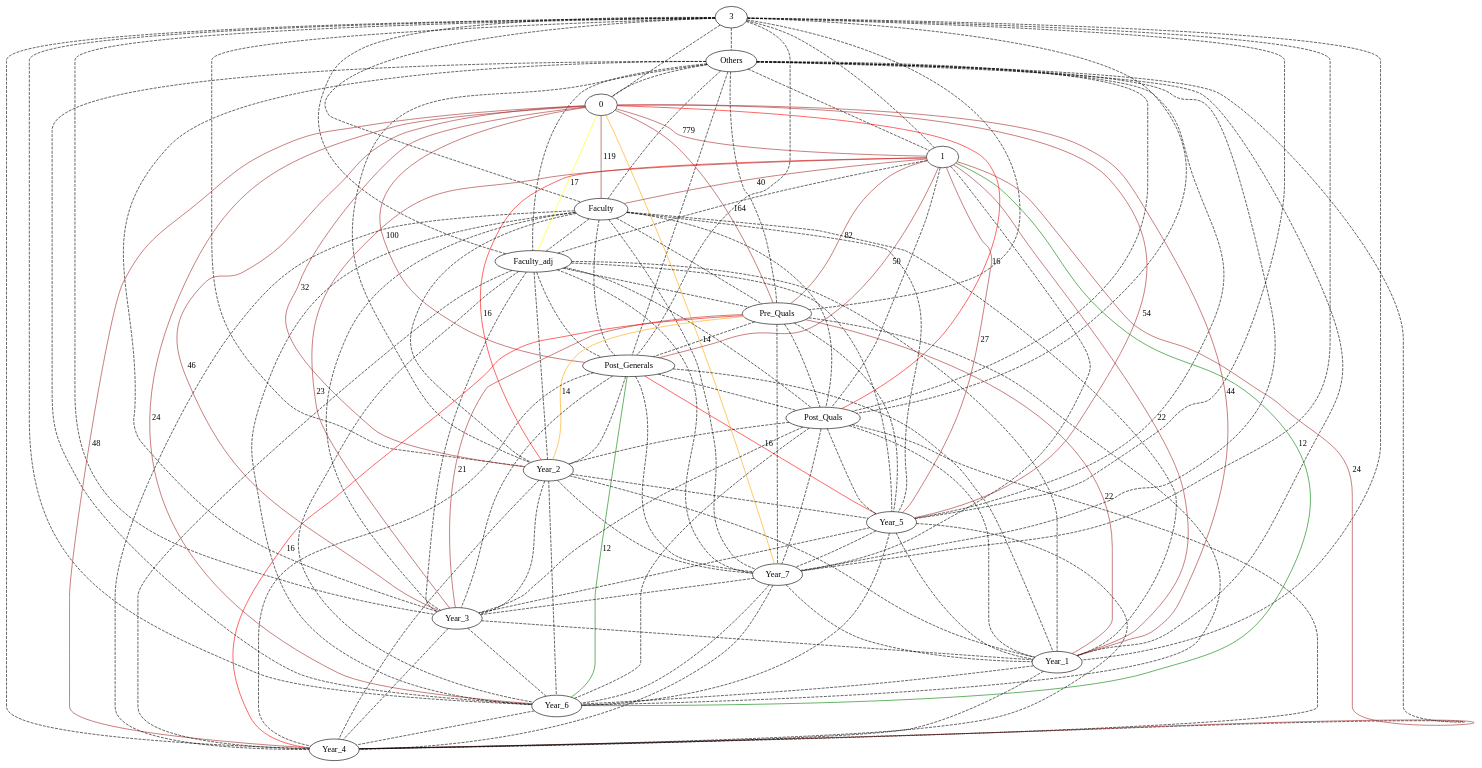
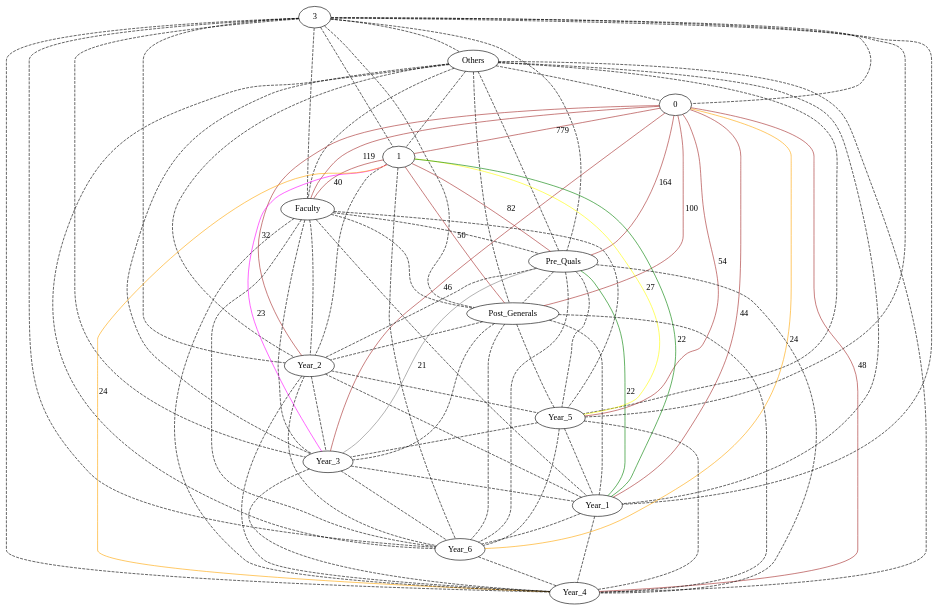
Before and after one commit to lrodrin/TFG: the diagram in src/extension/linearGraph.dot, drawn with Graphviz. The commit also changed 6 other files, not shown here.

```diff
--- a/src/extension/linearGraph.dot
+++ b/src/extension/linearGraph.dot
@@ -1,138 +1,93 @@
 strict graph "()" {
 3;
 Others;
 0;
 1;
 Faculty;
-Faculty_adj;
 Pre_Quals;
 Post_Generals;
-Post_Quals;
 Year_2;
 Year_5;
-Year_7;
 Year_3;
 Year_1;
 Year_6;
 Year_4;
 3 -- Others  [color=black, label="", style=dashed];
 3 -- 0  [color=black, label="", style=dashed];
 3 -- 1  [color=black, label="", style=dashed];
 3 -- Faculty  [color=black, label="", style=dashed];
-3 -- Faculty_adj  [color=black, label="", style=dashed];
 3 -- Pre_Quals  [color=black, label="", style=dashed];
 3 -- Post_Generals  [color=black, label="", style=dashed];
-3 -- Post_Quals  [color=black, label="", style=dashed];
 3 -- Year_2  [color=black, label="", style=dashed];
 3 -- Year_5  [color=black, label="", style=dashed];
-3 -- Year_7  [color=black, label="", style=dashed];
 3 -- Year_3  [color=black, label="", style=dashed];
 3 -- Year_1  [color=black, label="", style=dashed];
 3 -- Year_6  [color=black, label="", style=dashed];
 3 -- Year_4  [color=black, label="", style=dashed];
 Others -- 0  [color=black, label="", style=dashed];
 Others -- 1  [color=black, label="", style=dashed];
 Others -- Faculty  [color=black, label="", style=dashed];
-Others -- Faculty_adj  [color=black, label="", style=dashed];
 Others -- Pre_Quals  [color=black, label="", style=dashed];
 Others -- Post_Generals  [color=black, label="", style=dashed];
-Others -- Post_Quals  [color=black, label="", style=dashed];
 Others -- Year_2  [color=black, label="", style=dashed];
 Others -- Year_5  [color=black, label="", style=dashed];
-Others -- Year_7  [color=black, label="", style=dashed];
 Others -- Year_3  [color=black, label="", style=dashed];
 Others -- Year_1  [color=black, label="", style=dashed];
 Others -- Year_6  [color=black, label="", style=dashed];
 Others -- Year_4  [color=black, label="", style=dashed];
 0 -- 1  [color=brown, label=779, style=solid];
 0 -- Faculty  [color=brown, label=119, style=solid];
-0 -- Faculty_adj  [color=yellow, label=17, style=solid];
 0 -- Pre_Quals  [color=brown, label=164, style=solid];
 0 -- Post_Generals  [color=brown, label=100, style=solid];
-0 -- Post_Quals  [color=red, label=16, style=solid];
 0 -- Year_2  [color=brown, label=32, style=solid];
 0 -- Year_5  [color=brown, label=54, style=solid];
-0 -- Year_7  [color=orange, label=14, style=solid];
 0 -- Year_3  [color=brown, label=46, style=solid];
 0 -- Year_1  [color=brown, label=44, style=solid];
-0 -- Year_6  [color=brown, label=24, style=solid];
+0 -- Year_6  [color=orange, label=24, style=solid];
 0 -- Year_4  [color=brown, label=48, style=solid];
 1 -- Faculty  [color=brown, label=40, style=solid];
-1 -- Faculty_adj  [color=black, label="", style=dashed];
 1 -- Pre_Quals  [color=brown, label=82, style=solid];
 1 -- Post_Generals  [color=brown, label=50, style=solid];
-1 -- Post_Quals  [color=black, label="", style=dashed];
-1 -- Year_2  [color=red, label=16, style=solid];
-1 -- Year_5  [color=brown, label=27, style=solid];
-1 -- Year_7  [color=black, label="", style=dashed];
-1 -- Year_3  [color=brown, label=23, style=solid];
-1 -- Year_1  [color=brown, label=22, style=solid];
-1 -- Year_6  [color=green, label=12, style=solid];
-1 -- Year_4  [color=brown, label=24, style=solid];
-Faculty -- Faculty_adj  [color=black, label="", style=dashed];
+1 -- Year_2  [color=black, label="", style=dashed];
+1 -- Year_5  [color=yellow, label=27, style=solid];
+1 -- Year_3  [color=magenta, label=23, style=solid];
+1 -- Year_1  [color=green, label=22, style=solid];
+1 -- Year_6  [color=black, label="", style=dashed];
+1 -- Year_4  [color=orange, label=24, style=solid];
 Faculty -- Pre_Quals  [color=black, label="", style=dashed];
 Faculty -- Post_Generals  [color=black, label="", style=dashed];
-Faculty -- Post_Quals  [color=black, label="", style=dashed];
 Faculty -- Year_2  [color=black, label="", style=dashed];
 Faculty -- Year_5  [color=black, label="", style=dashed];
-Faculty -- Year_7  [color=black, label="", style=dashed];
 Faculty -- Year_3  [color=black, label="", style=dashed];
 Faculty -- Year_1  [color=black, label="", style=dashed];
 Faculty -- Year_6  [color=black, label="", style=dashed];
 Faculty -- Year_4  [color=black, label="", style=dashed];
-Faculty_adj -- Pre_Quals  [color=black, label="", style=dashed];
-Faculty_adj -- Post_Generals  [color=black, label="", style=dashed];
-Faculty_adj -- Post_Quals  [color=black, label="", style=dashed];
-Faculty_adj -- Year_2  [color=black, label="", style=dashed];
-Faculty_adj -- Year_5  [color=black, label="", style=dashed];
-Faculty_adj -- Year_7  [color=black, label="", style=dashed];
-Faculty_adj -- Year_3  [color=black, label="", style=dashed];
-Faculty_adj -- Year_1  [color=black, label="", style=dashed];
-Faculty_adj -- Year_6  [color=black, label="", style=dashed];
-Faculty_adj -- Year_4  [color=black, label="", style=dashed];
 Pre_Quals -- Post_Generals  [color=black, label="", style=dashed];
-Pre_Quals -- Post_Quals  [color=black, label="", style=dashed];
-Pre_Quals -- Year_2  [color=orange, label=14, style=solid];
+Pre_Quals -- Year_2  [color=black, label="", style=dashed];
 Pre_Quals -- Year_5  [color=black, label="", style=dashed];
-Pre_Quals -- Year_7  [color=black, label="", style=dashed];
-Pre_Quals -- Year_3  [color=brown, label=21, style=solid];
-Pre_Quals -- Year_1  [color=brown, label=22, style=solid];
+Pre_Quals -- Year_3  [color=grey, label=21, style=solid];
+Pre_Quals -- Year_1  [color=green, label=22, style=solid];
 Pre_Quals -- Year_6  [color=black, label="", style=dashed];
-Pre_Quals -- Year_4  [color=red, label=16, style=solid];
-Post_Generals -- Post_Quals  [color=black, label="", style=dashed];
+Pre_Quals -- Year_4  [color=black, label="", style=dashed];
 Post_Generals -- Year_2  [color=black, label="", style=dashed];
-Post_Generals -- Year_5  [color=red, label=16, style=solid];
-Post_Generals -- Year_7  [color=black, label="", style=dashed];
+Post_Generals -- Year_5  [color=black, label="", style=dashed];
 Post_Generals -- Year_3  [color=black, label="", style=dashed];
 Post_Generals -- Year_1  [color=black, label="", style=dashed];
-Post_Generals -- Year_6  [color=green, label=12, style=solid];
+Post_Generals -- Year_6  [color=black, label="", style=dashed];
 Post_Generals -- Year_4  [color=black, label="", style=dashed];
-Post_Quals -- Year_2  [color=black, label="", style=dashed];
-Post_Quals -- Year_5  [color=black, label="", style=dashed];
-Post_Quals -- Year_7  [color=black, label="", style=dashed];
-Post_Quals -- Year_3  [color=black, label="", style=dashed];
-Post_Quals -- Year_1  [color=black, label="", style=dashed];
-Post_Quals -- Year_6  [color=black, label="", style=dashed];
-Post_Quals -- Year_4  [color=black, label="", style=dashed];
 Year_2 -- Year_5  [color=black, label="", style=dashed];
-Year_2 -- Year_7  [color=black, label="", style=dashed];
 Year_2 -- Year_3  [color=black, label="", style=dashed];
 Year_2 -- Year_1  [color=black, label="", style=dashed];
 Year_2 -- Year_6  [color=black, label="", style=dashed];
 Year_2 -- Year_4  [color=black, label="", style=dashed];
-Year_5 -- Year_7  [color=black, label="", style=dashed];
 Year_5 -- Year_3  [color=black, label="", style=dashed];
 Year_5 -- Year_1  [color=black, label="", style=dashed];
 Year_5 -- Year_6  [color=black, label="", style=dashed];
 Year_5 -- Year_4  [color=black, label="", style=dashed];
-Year_7 -- Year_3  [color=black, label="", style=dashed];
-Year_7 -- Year_1  [color=black, label="", style=dashed];
-Year_7 -- Year_6  [color=black, label="", style=dashed];
-Year_7 -- Year_4  [color=black, label="", style=dashed];
 Year_3 -- Year_1  [color=black, label="", style=dashed];
 Year_3 -- Year_6  [color=black, label="", style=dashed];
 Year_3 -- Year_4  [color=black, label="", style=dashed];
 Year_1 -- Year_6  [color=black, label="", style=dashed];
 Year_1 -- Year_4  [color=black, label="", style=dashed];
 Year_6 -- Year_4  [color=black, label="", style=dashed];
 }
```
